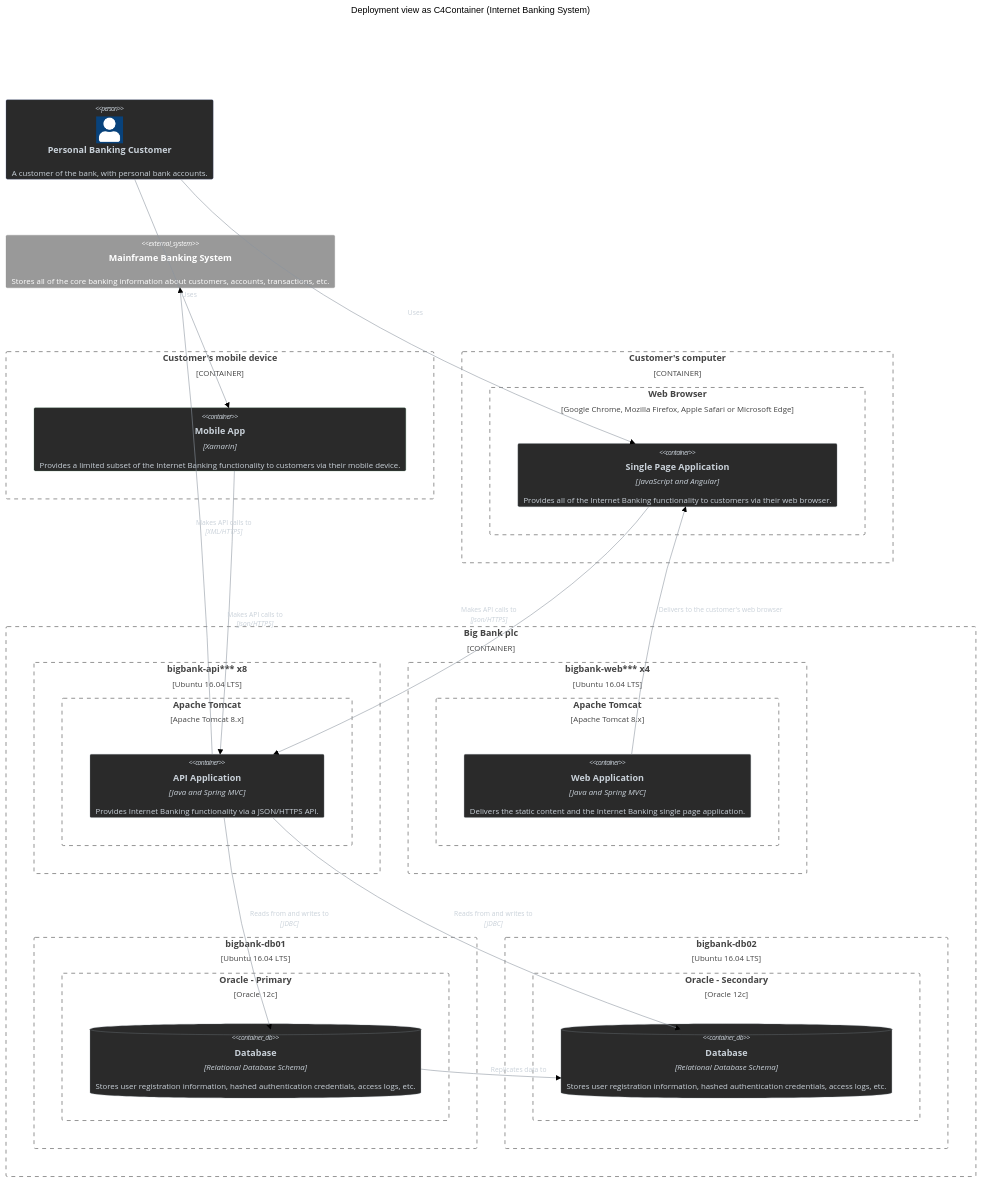
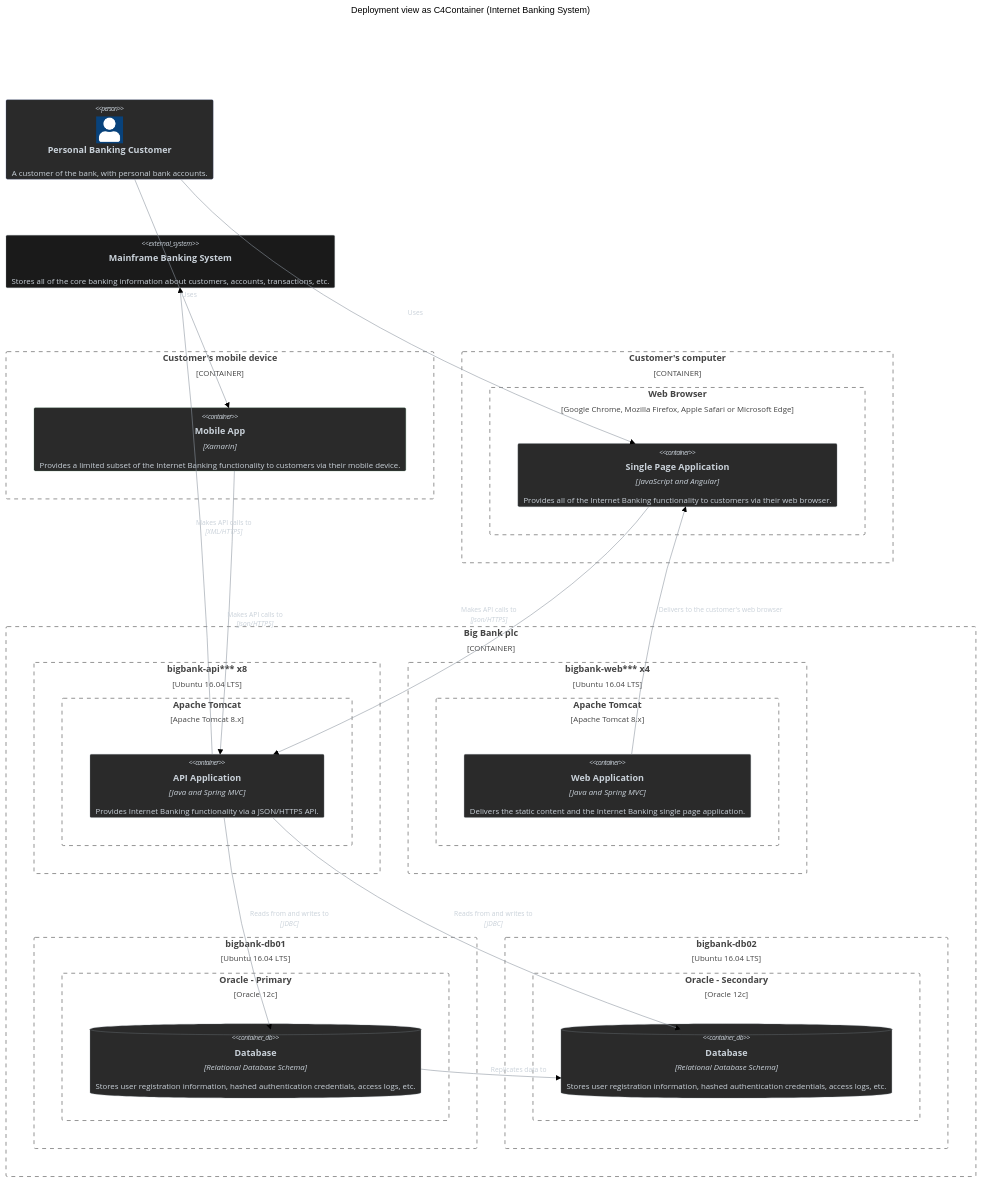
Before and after one commit to antshc/mermaid: the fifth of 5 diagrams in README.md, drawn with Mermaid (forest theme). The commit also changed other lines of this file, not shown here.

````diff
--- a/README.md
+++ b/README.md
@@ -224,68 +227,69 @@
 ```mermaid
 C4Container
     title Deployment view as C4Container (Internet Banking System)
 
     Person(customer, "Personal Banking Customer", "A customer of the bank, with personal bank accounts.")
     System_Ext(mainframe, "Mainframe Banking System", "Stores all of the core banking information about customers, accounts, transactions, etc.")
 
     Container_Boundary(mob, "Customer's mobile device", "Apple iOS or Android") {
         Container(mobile, "Mobile App", "Xamarin", "Provides a limited subset of the Internet Banking functionality to customers via their mobile device.")
     }
 
     Container_Boundary(comp, "Customer's computer", "Microsoft Windows or Apple macOS") {
         Boundary(browser, "Web Browser", "Google Chrome, Mozilla Firefox, Apple Safari or Microsoft Edge") {
             Container(spa, "Single Page Application", "JavaScript and Angular", "Provides all of the Internet Banking functionality to customers via their web browser.")
         }
     }
 
     Container_Boundary(plc, "Big Bank plc", "Big Bank plc data center") {
         Boundary(dn, "bigbank-api*** x8", "Ubuntu 16.04 LTS") {
             Boundary(apache, "Apache Tomcat", "Apache Tomcat 8.x") {
                 Container(api, "API Application", "Java and Spring MVC", "Provides Internet Banking functionality via a JSON/HTTPS API.")
             }
         }
         Boundary(bb2, "bigbank-web*** x4", "Ubuntu 16.04 LTS") {
             Boundary(apache2, "Apache Tomcat", "Apache Tomcat 8.x") {
                 Container(web, "Web Application", "Java and Spring MVC", "Delivers the static content and the Internet Banking single page application.")
             }
         }
         Boundary(bigbankdb01, "bigbank-db01", "Ubuntu 16.04 LTS") {
             Boundary(oracle, "Oracle - Primary", "Oracle 12c") {
                 ContainerDb(db, "Database", "Relational Database Schema", "Stores user registration information, hashed authentication credentials, access logs, etc.")
             }
         }
         Boundary(bigbankdb02, "bigbank-db02", "Ubuntu 16.04 LTS") {
             Boundary(oracle2, "Oracle - Secondary", "Oracle 12c") {
                 ContainerDb(db2, "Database", "Relational Database Schema", "Stores user registration information, hashed authentication credentials, access logs, etc.")
             }
         }
     }
 
     Rel(customer, mobile, "Uses")
     Rel(customer, spa, "Uses")
     Rel(mobile, api, "Makes API calls to", "json/HTTPS")
     Rel(spa, api, "Makes API calls to", "json/HTTPS")
     Rel_U(web, spa, "Delivers to the customer's web browser")
     Rel(api, db, "Reads from and writes to", "JDBC")
     Rel(api, db2, "Reads from and writes to", "JDBC")
     Rel_R(db, db2, "Replicates data to")
     Rel(api, mainframe, "Makes API calls to", "XML/HTTPS")
 
     UpdateElementStyle(customer, $fontColor="#c9d1d9", $bgColor="#2a2a2a", $borderColor="#4a5a8a")
     UpdateElementStyle(mobile, $fontColor="#c9d1d9", $bgColor="#2a2a2a", $borderColor="#4a7a5a")
     UpdateElementStyle(spa, $fontColor="#c9d1d9", $bgColor="#2a2a2a", $borderColor="#8b949e")
     UpdateElementStyle(api, $fontColor="#c9d1d9", $bgColor="#2a2a2a", $borderColor="#8b949e")
     UpdateElementStyle(web, $fontColor="#c9d1d9", $bgColor="#2a2a2a", $borderColor="#8b949e")
     UpdateElementStyle(db, $fontColor="#c9d1d9", $bgColor="#2a2a2a", $borderColor="#8b949e")
     UpdateElementStyle(db2, $fontColor="#c9d1d9", $bgColor="#2a2a2a", $borderColor="#8b949e")
+    UpdateElementStyle(mainframe, $fontColor="#c9d1d9", $bgColor="#1a1a1a", $borderColor="#8b949e")
 
     UpdateRelStyle(customer, mobile, $textColor="#c9d1d9", $lineColor="#8b949e")
     UpdateRelStyle(customer, spa, $textColor="#c9d1d9", $lineColor="#8b949e")
     UpdateRelStyle(mobile, api, $textColor="#c9d1d9", $lineColor="#8b949e")
     UpdateRelStyle(spa, api, $textColor="#c9d1d9", $lineColor="#8b949e", $offsetY="-40")
     UpdateRelStyle(web, spa, $textColor="#c9d1d9", $lineColor="#8b949e", $offsetY="-40")
     UpdateRelStyle(api, db, $textColor="#c9d1d9", $lineColor="#8b949e", $offsetY="-20", $offsetX="5")
     UpdateRelStyle(api, db2, $textColor="#c9d1d9", $lineColor="#8b949e", $offsetX="-40", $offsetY="-20")
     UpdateRelStyle(db, db2, $textColor="#c9d1d9", $lineColor="#8b949e", $offsetY="-10")
     UpdateRelStyle(api, mainframe, $textColor="#c9d1d9", $lineColor="#8b949e")
 ```
````
